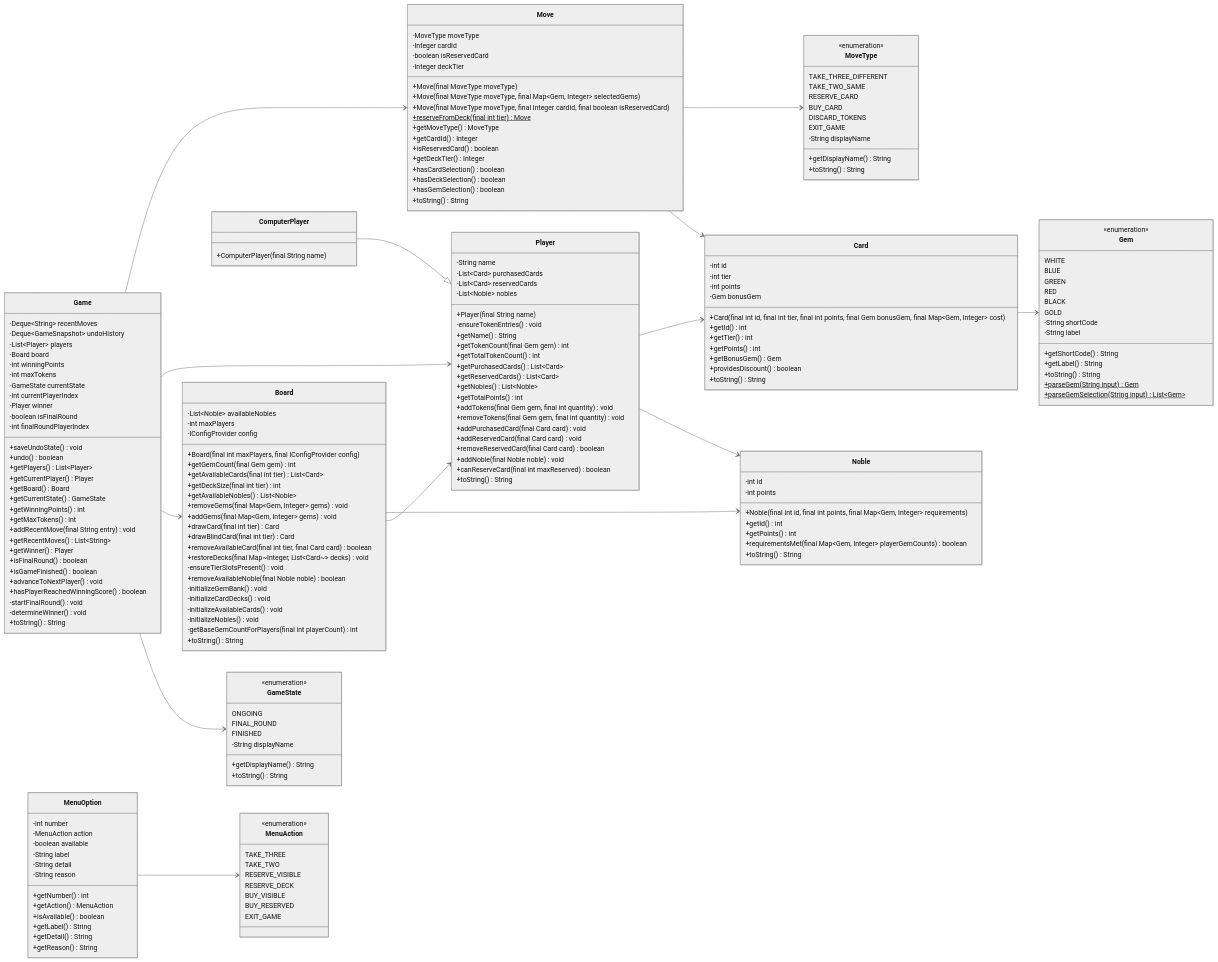
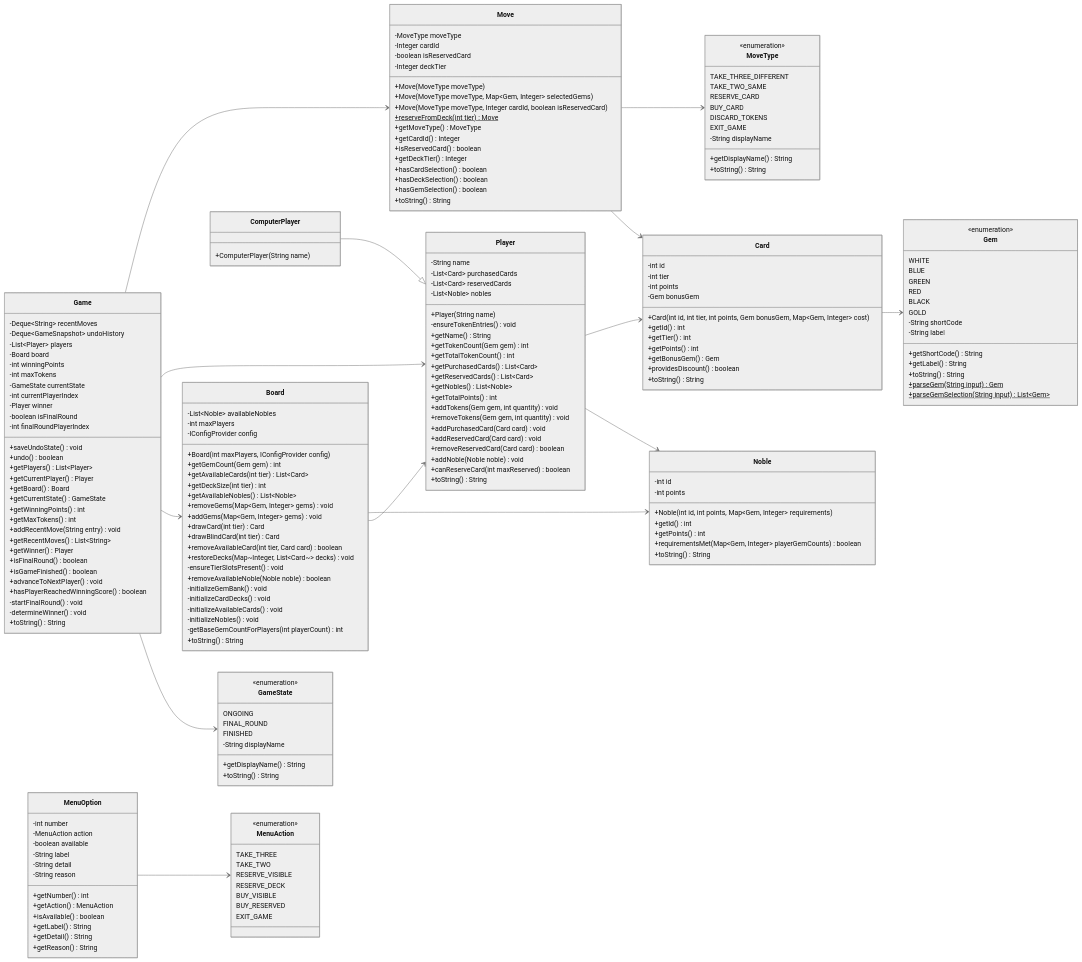
The diagram in docs/diagrams/mermaid/src/model_package.mmd (bryanseah234/playsplendor), drawn with Mermaid (neutral theme) before and after one commit. The commit also changed 18 other files, not shown here.

```diff
--- a/docs/diagrams/mermaid/src/model_package.mmd
+++ b/docs/diagrams/mermaid/src/model_package.mmd
@@ -4,24 +4,24 @@
         -List~Noble~ availableNobles
         -int maxPlayers
         -IConfigProvider config
-        +Board(final int maxPlayers, final IConfigProvider config)
-        +getGemCount(final Gem gem) int
-        +getAvailableCards(final int tier) List~Card~
-        +getDeckSize(final int tier) int
+        +Board(int maxPlayers, IConfigProvider config)
+        +getGemCount(Gem gem) int
+        +getAvailableCards(int tier) List~Card~
+        +getDeckSize(int tier) int
         +getAvailableNobles() List~Noble~
-        +removeGems(final Map~Gem, Integer~ gems) void
-        +addGems(final Map~Gem, Integer~ gems) void
-        +drawCard(final int tier) Card
-        +drawBlindCard(final int tier) Card
-        +removeAvailableCard(final int tier, final Card card) boolean
-        +restoreDecks(final Map~Integer, List~Card~~ decks) void
+        +removeGems(Map~Gem, Integer~ gems) void
+        +addGems(Map~Gem, Integer~ gems) void
+        +drawCard(int tier) Card
+        +drawBlindCard(int tier) Card
+        +removeAvailableCard(int tier, Card card) boolean
+        +restoreDecks(Map~Integer, List~Card~~ decks) void
         -ensureTierSlotsPresent() void
-        +removeAvailableNoble(final Noble noble) boolean
+        +removeAvailableNoble(Noble noble) boolean
         -initializeGemBank() void
         -initializeCardDecks() void
         -initializeAvailableCards() void
         -initializeNobles() void
-        -getBaseGemCountForPlayers(final int playerCount) int
+        -getBaseGemCountForPlayers(int playerCount) int
         +toString() String
     }
 
@@ -30,7 +30,7 @@
         -int tier
         -int points
         -Gem bonusGem
-        +Card(final int id, final int tier, final int points, final Gem bonusGem, final Map~Gem, Integer~ cost)
+        +Card(int id, int tier, int points, Gem bonusGem, Map~Gem, Integer~ cost)
         +getId() int
         +getTier() int
         +getPoints() int
@@ -40,7 +40,7 @@
     }
 
     class ComputerPlayer {
-        +ComputerPlayer(final String name)
+        +ComputerPlayer(String name)
     }
 
     ComputerPlayer --|> Player
@@ -64,7 +64,7 @@
         +getCurrentState() GameState
         +getWinningPoints() int
         +getMaxTokens() int
-        +addRecentMove(final String entry) void
+        +addRecentMove(String entry) void
         +getRecentMoves() List~String~
         +getWinner() Player
         +isFinalRound() boolean
@@ -134,10 +134,10 @@
         -Integer cardId
         -boolean isReservedCard
         -Integer deckTier
-        +Move(final MoveType moveType)
-        +Move(final MoveType moveType, final Map~Gem, Integer~ selectedGems)
-        +Move(final MoveType moveType, final Integer cardId, final boolean isReservedCard)
-        +reserveFromDeck(final int tier) Move$
+        +Move(MoveType moveType)
+        +Move(MoveType moveType, Map~Gem, Integer~ selectedGems)
+        +Move(MoveType moveType, Integer cardId, boolean isReservedCard)
+        +reserveFromDeck(int tier) Move$
         +getMoveType() MoveType
         +getCardId() Integer
         +isReservedCard() boolean
@@ -164,10 +164,10 @@
     class Noble {
         -int id
         -int points
-        +Noble(final int id, final int points, final Map~Gem, Integer~ requirements)
+        +Noble(int id, int points, Map~Gem, Integer~ requirements)
         +getId() int
         +getPoints() int
-        +requirementsMet(final Map~Gem, Integer~ playerGemCounts) boolean
+        +requirementsMet(Map~Gem, Integer~ playerGemCounts) boolean
         +toString() String
     }
 
@@ -176,22 +176,22 @@
         -List~Card~ purchasedCards
         -List~Card~ reservedCards
         -List~Noble~ nobles
-        +Player(final String name)
+        +Player(String name)
         -ensureTokenEntries() void
         +getName() String
-        +getTokenCount(final Gem gem) int
+        +getTokenCount(Gem gem) int
         +getTotalTokenCount() int
         +getPurchasedCards() List~Card~
         +getReservedCards() List~Card~
         +getNobles() List~Noble~
         +getTotalPoints() int
-        +addTokens(final Gem gem, final int quantity) void
-        +removeTokens(final Gem gem, final int quantity) void
-        +addPurchasedCard(final Card card) void
-        +addReservedCard(final Card card) void
-        +removeReservedCard(final Card card) boolean
-        +addNoble(final Noble noble) void
-        +canReserveCard(final int maxReserved) boolean
+        +addTokens(Gem gem, int quantity) void
+        +removeTokens(Gem gem, int quantity) void
+        +addPurchasedCard(Card card) void
+        +addReservedCard(Card card) void
+        +removeReservedCard(Card card) boolean
+        +addNoble(Noble noble) void
+        +canReserveCard(int maxReserved) boolean
         +toString() String
     }
 
```
